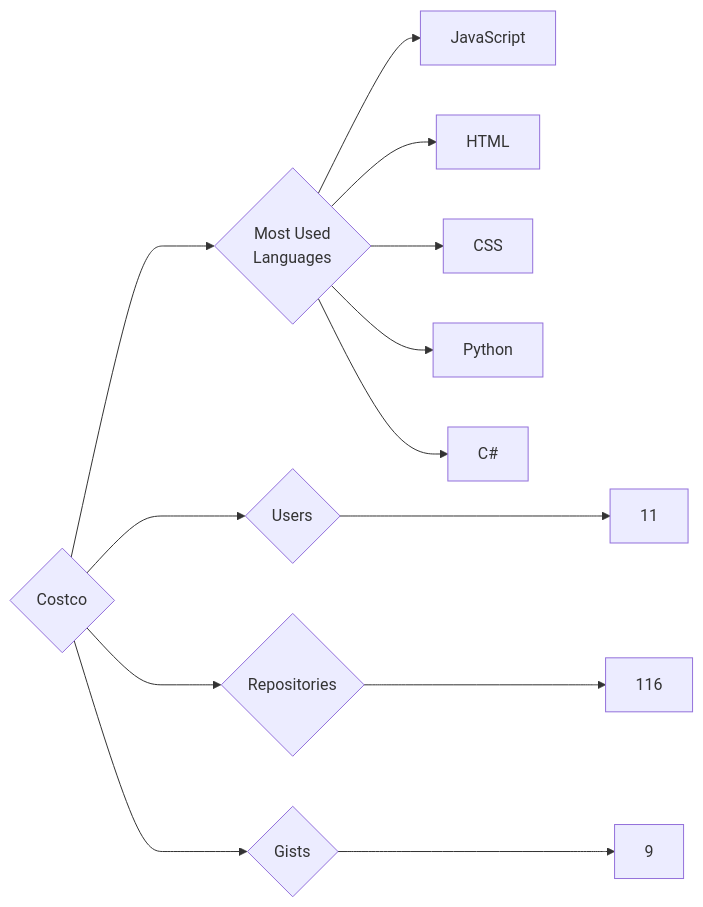
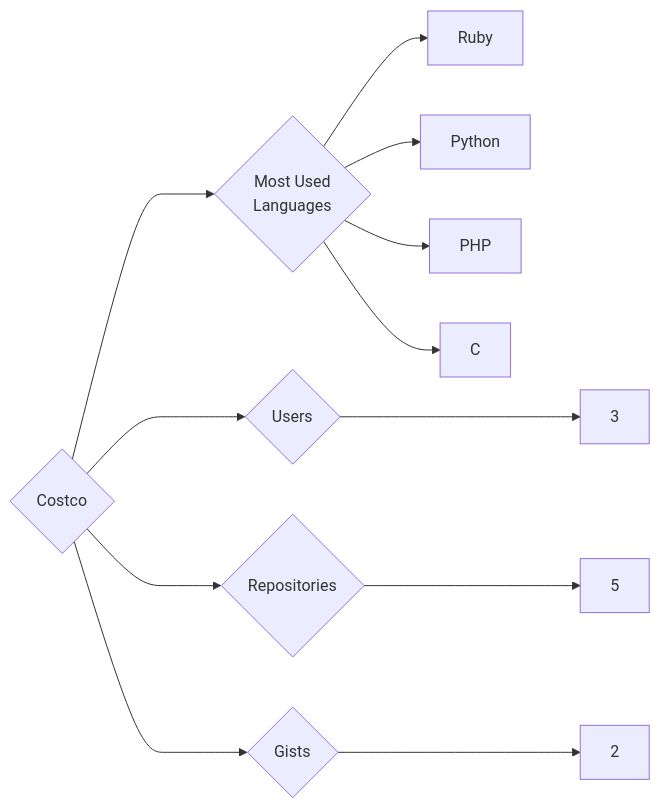
The diagram in targets/Costco/README.md (trickest/insiders), drawn with Mermaid before and after one commit. The commit also changed 745 other files, not shown here.

````diff
--- a/targets/Costco/README.md
+++ b/targets/Costco/README.md
@@ -3,13 +3,12 @@
 ```mermaid
 graph LR
 COMPANY_NAME{Costco}
-COMPANY_NAME ---> U{Users} ---> UN[11]
-COMPANY_NAME ---> R{Repositories} ---> RN[116]
-COMPANY_NAME ---> G{Gists} ---> GN[9]
+COMPANY_NAME ---> U{Users} ---> UN[3]
+COMPANY_NAME ---> R{Repositories} ---> RN[5]
+COMPANY_NAME ---> G{Gists} ---> GN[2]
 COMPANY_NAME ---> ML{Most Used<br>Languages}
-ML --> JavaScript[JavaScript]
-ML --> HTML[HTML]
-ML --> CSS[CSS]
+ML --> Ruby[Ruby]
 ML --> Python[Python]
-ML --> C#[C#]
+ML --> PHP[PHP]
+ML --> C[C]
 ```
````
